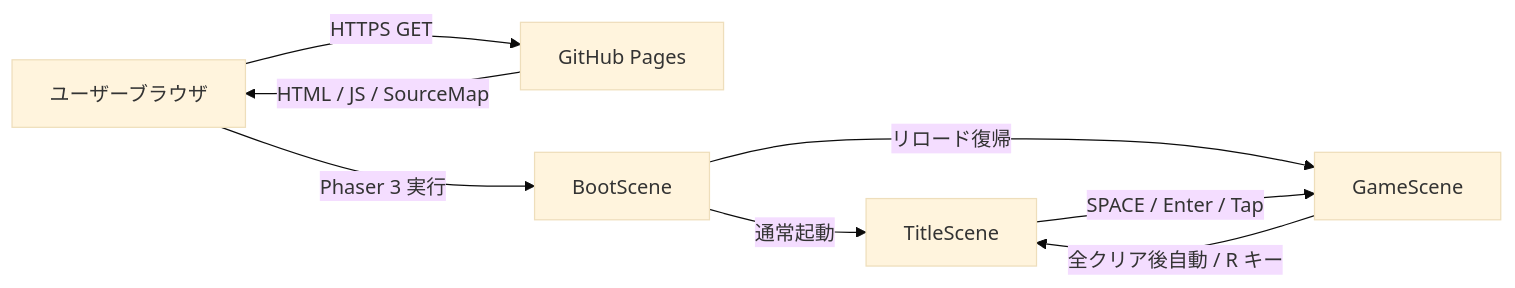
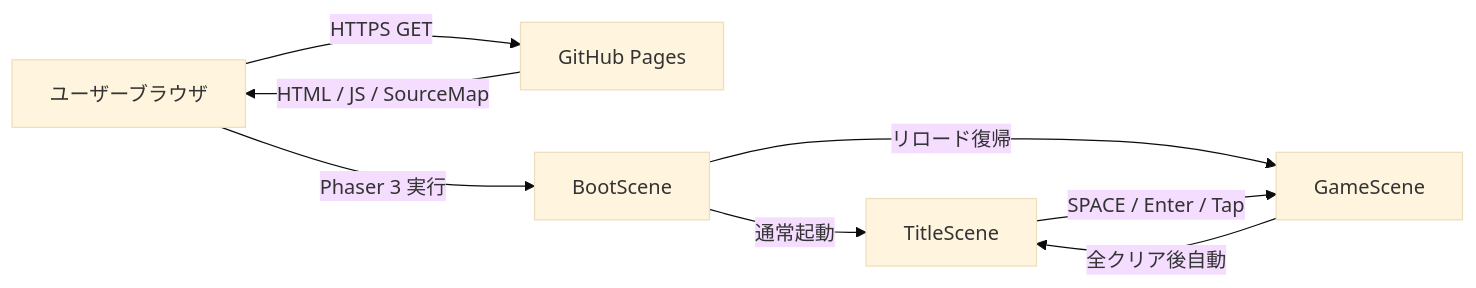
The first of 5 diagrams in docs/functional-design.md (n-yata/chiku-clock-run), drawn with Mermaid (base theme) before and after one commit. The commit also changed other lines of this file and 35 other files, not shown here.

````diff
--- a/docs/functional-design.md
+++ b/docs/functional-design.md
@@ -16,10 +16,10 @@
 ```mermaid
 graph LR
     U[ユーザーブラウザ] -->|HTTPS GET| P[GitHub Pages]
     P -->|HTML / JS / SourceMap| U
     U -->|Phaser 3 実行| B[BootScene]
     B -->|通常起動| T[TitleScene]
     B -->|リロード復帰| G[GameScene]
     T -->|SPACE / Enter / Tap| G
-    G -->|全クリア後自動 / R キー| T
+    G -->|全クリア後自動| T
 ```
````
